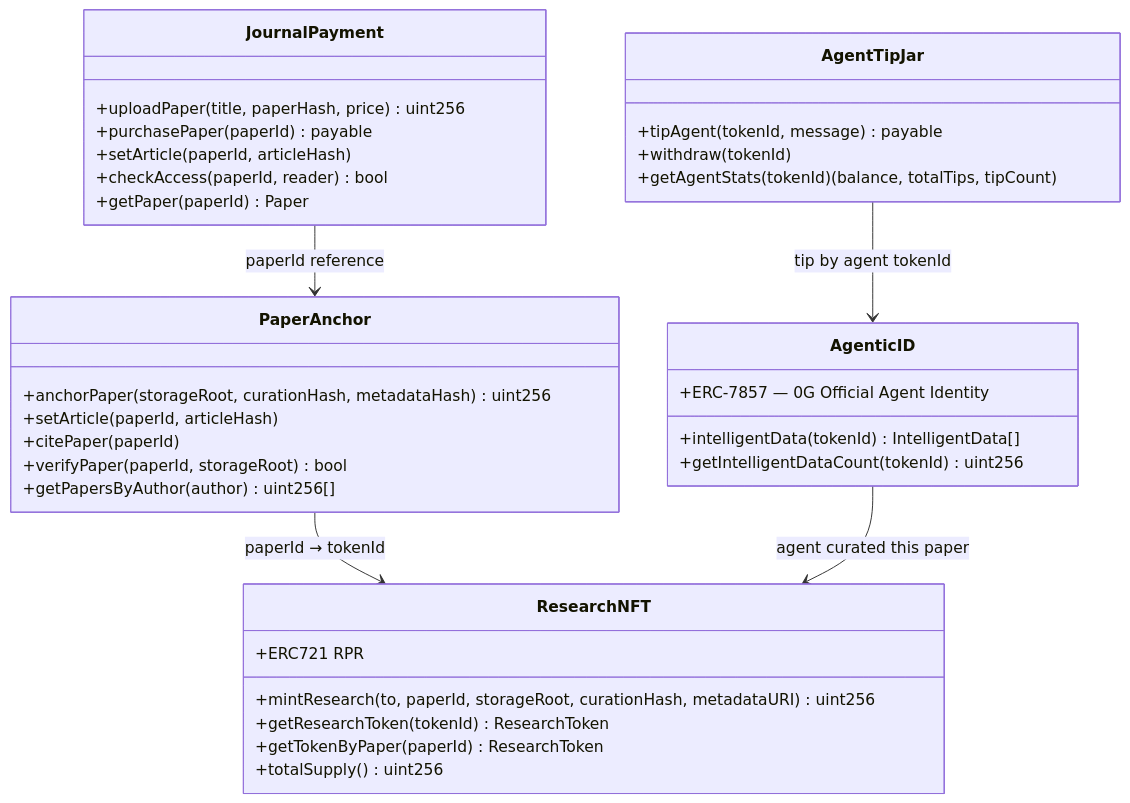
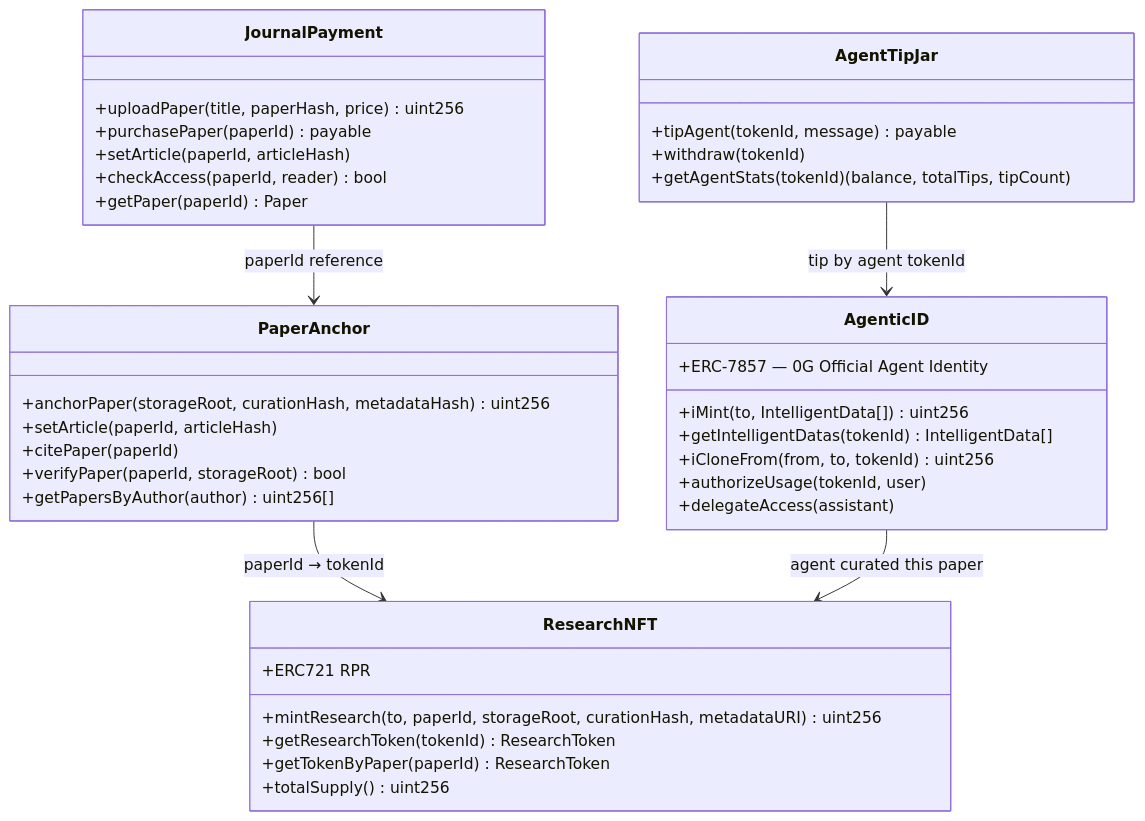
One commit to dwlpra/rumah-peneliti changed the fourth of 5 diagrams in README.md. Above: the diagram before and after it, drawn with Mermaid. The commit also changed other lines of this file, not shown here.

Commit message:
docs: fix multi-agent diagram — accurate fallback chain, model name, AgenticID methods

````diff
--- a/README.md
+++ b/README.md
@@ -320,43 +320,46 @@
 ```mermaid
 classDiagram
     class JournalPayment {
         +uploadPaper(title, paperHash, price) uint256
         +purchasePaper(paperId) payable
         +setArticle(paperId, articleHash)
         +checkAccess(paperId, reader) bool
         +getPaper(paperId) Paper
     }
 
     class PaperAnchor {
         +anchorPaper(storageRoot, curationHash, metadataHash) uint256
         +setArticle(paperId, articleHash)
         +citePaper(paperId)
         +verifyPaper(paperId, storageRoot) bool
         +getPapersByAuthor(author) uint256[]
     }
 
     class ResearchNFT {
         +ERC721 RPR
         +mintResearch(to, paperId, storageRoot, curationHash, metadataURI) uint256
         +getResearchToken(tokenId) ResearchToken
         +getTokenByPaper(paperId) ResearchToken
         +totalSupply() uint256
     }
 
     class AgenticID {
         +ERC-7857 — 0G Official Agent Identity
-        +intelligentData(tokenId) IntelligentData[]
-        +getIntelligentDataCount(tokenId) uint256
+        +iMint(to, IntelligentData[]) uint256
+        +getIntelligentDatas(tokenId) IntelligentData[]
+        +iCloneFrom(from, to, tokenId) uint256
+        +authorizeUsage(tokenId, user)
+        +delegateAccess(assistant)
     }
 
     class AgentTipJar {
         +tipAgent(tokenId, message) payable
         +withdraw(tokenId)
         +getAgentStats(tokenId) (balance, totalTips, tipCount)
     }
 
     JournalPayment --> PaperAnchor : paperId reference
     PaperAnchor --> ResearchNFT : paperId → tokenId
     AgenticID --> ResearchNFT : agent curated this paper
     AgentTipJar --> AgenticID : tip by agent tokenId
 ```
````
